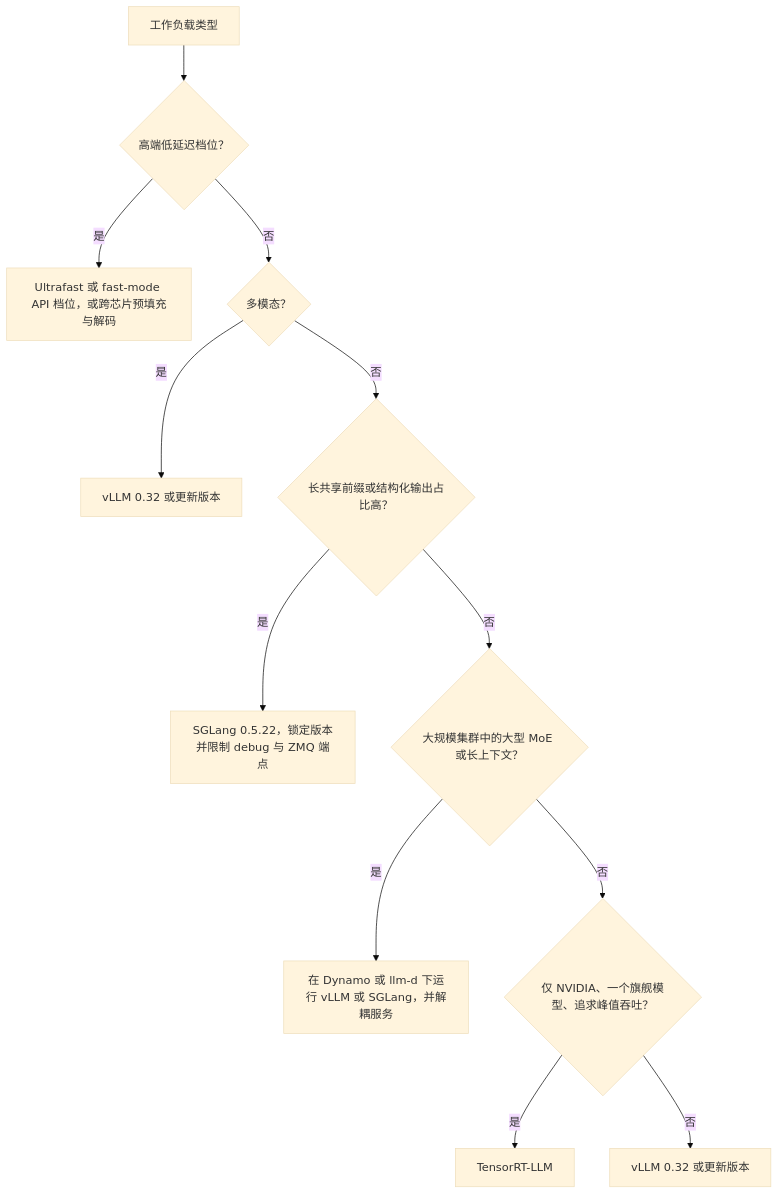
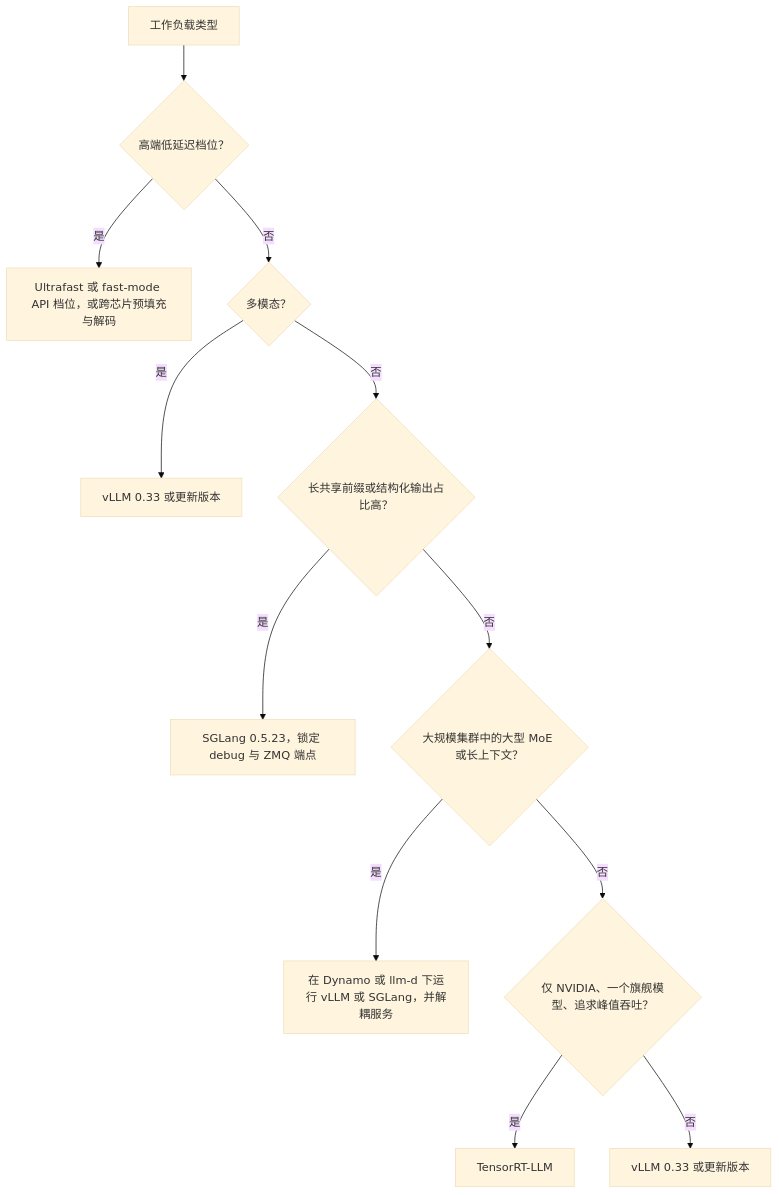
The diagram in 04-inference-optimization/06-serving-infrastructure.md (ChiHoc/ai-system-design-guide-zh), drawn with Mermaid (base theme) before and after one commit. The commit also changed other lines of this file and 100 other files, not shown here.

````diff
--- a/04-inference-optimization/06-serving-infrastructure.md
+++ b/04-inference-optimization/06-serving-infrastructure.md
@@ -160,14 +161,14 @@
 ```mermaid
 flowchart TD
     A[工作负载类型] --> B{高端低延迟档位？}
     B -->|是| L[Ultrafast 或 fast-mode API 档位，或跨芯片预填充与解码]
     B -->|否| C{多模态？}
-    C -->|是| D[vLLM 0.32 或更新版本]
+    C -->|是| D[vLLM 0.33 或更新版本]
     C -->|否| E{长共享前缀或结构化输出占比高？}
-    E -->|是| F[SGLang 0.5.22，锁定版本并限制 debug 与 ZMQ 端点]
+    E -->|是| F[SGLang 0.5.23，锁定 debug 与 ZMQ 端点]
     E -->|否| G{大规模集群中的大型 MoE 或长上下文？}
     G -->|是| H[在 Dynamo 或 llm-d 下运行 vLLM 或 SGLang，并解耦服务]
     G -->|否| I{仅 NVIDIA、一个旗舰模型、追求峰值吞吐？}
     I -->|是| J[TensorRT-LLM]
-    I -->|否| K[vLLM 0.32 或更新版本]
+    I -->|否| K[vLLM 0.33 或更新版本]
 ```
````
